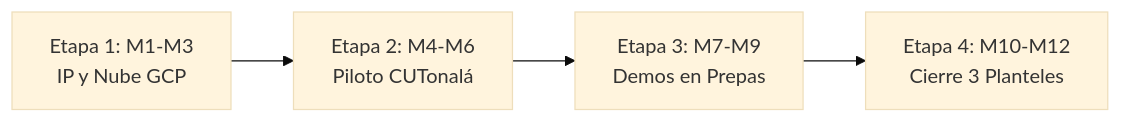
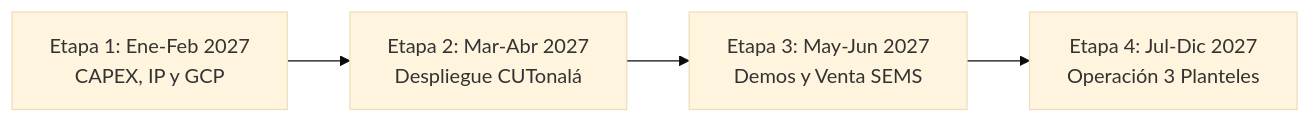
One commit to ErnestoFM/Inversion changed the fifth of 7 diagrams in docs/Propuesta_Inversion_SIGRE_Corregida.md. Above: the diagram before and after it, drawn with Mermaid (base theme). The commit also changed other lines of this file and 12 other files, not shown here.

````diff
--- a/docs/Propuesta_Inversion_SIGRE_Corregida.md
+++ b/docs/Propuesta_Inversion_SIGRE_Corregida.md
@@ -226,5 +228,5 @@
 ```mermaid
 flowchart LR
-    E1[Etapa 1: M1-M3<br>IP y Nube GCP] --> E2[Etapa 2: M4-M6<br>Piloto CUTonalá]
-    E2 --> E3[Etapa 3: M7-M9<br>Demos en Prepas] --> E4[Etapa 4: M10-M12<br>Cierre 3 Planteles]
+    E1[Etapa 1: Ene-Feb 2027<br>CAPEX, IP y GCP] --> E2[Etapa 2: Mar-Abr 2027<br>Despliegue CUTonalá]
+    E2 --> E3[Etapa 3: May-Jun 2027<br>Demos y Venta SEMS] --> E4[Etapa 4: Jul-Dic 2027<br>Operación 3 Planteles]
 ```
````
